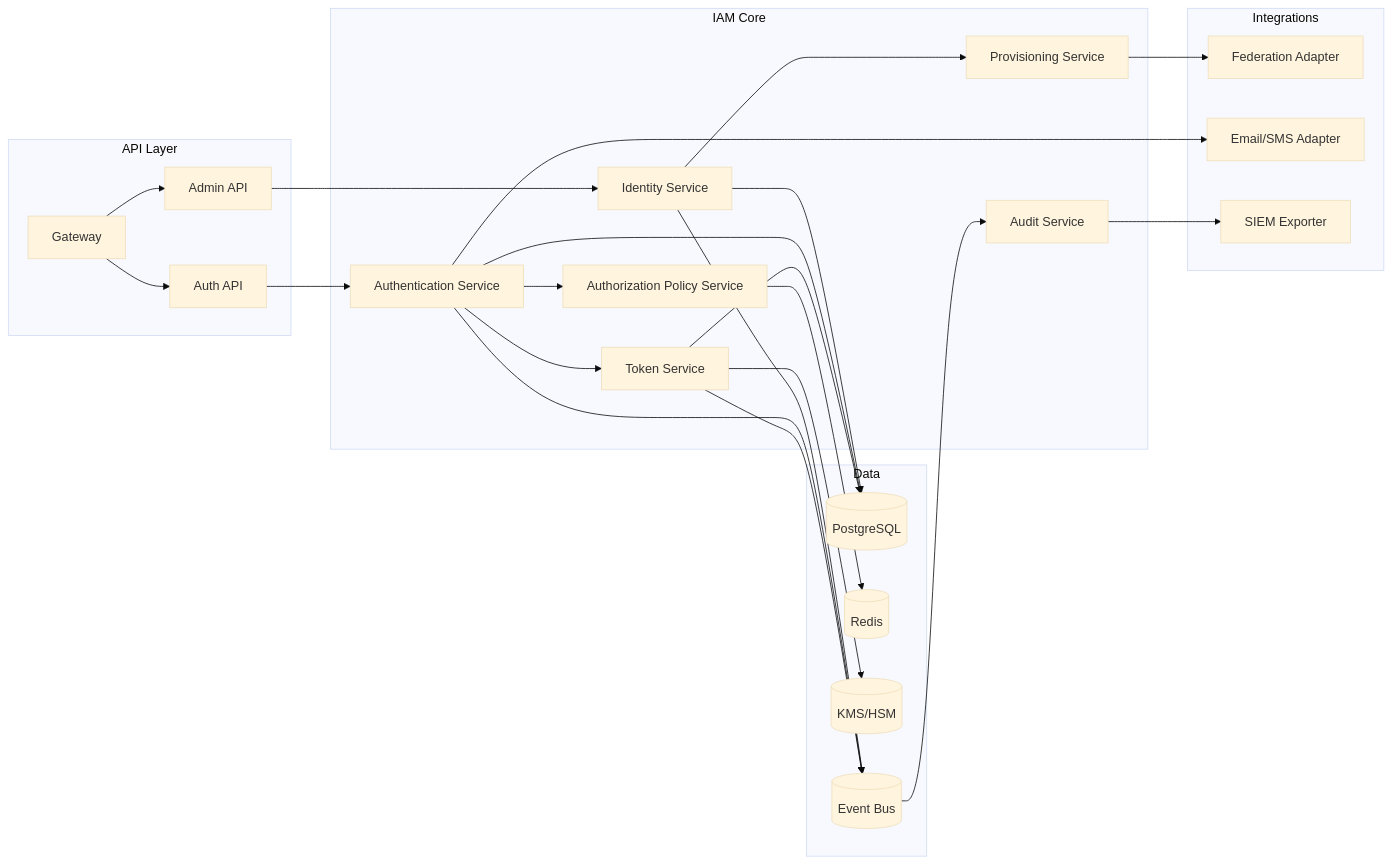
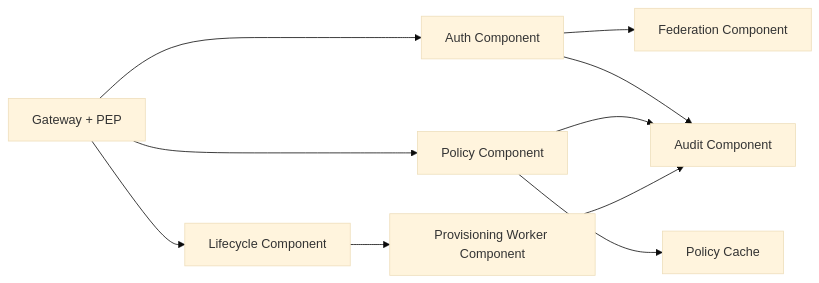
One commit to 0Ankit0/Project-Ideas changed the diagram in Identity and Access Management Platform/detailed-design/component-diagrams.md. Above: the diagram before and after it, drawn with Mermaid (base theme). The commit also changed other lines of this file and 37 other files, not shown here.

````diff
--- a/Identity and Access Management Platform/detailed-design/component-diagrams.md
+++ b/Identity and Access Management Platform/detailed-design/component-diagrams.md
@@ -3,51 +3,14 @@
 ```mermaid
 flowchart LR
-    subgraph API[API Layer]
-      GW[Gateway]
-      AuthAPI[Auth API]
-      AdminAPI[Admin API]
-    end
+    API[Gateway + PEP] --> AUTH[Auth Component]
+    API --> PDP[Policy Component]
+    API --> LIFE[Lifecycle Component]
 
-    subgraph Core[IAM Core]
-      IdentitySvc[Identity Service]
-      AuthSvc[Authentication Service]
-      TokenSvc[Token Service]
-      PolicySvc[Authorization Policy Service]
-      ProvisionSvc[Provisioning Service]
-      AuditSvc[Audit Service]
-    end
+    AUTH --> FED[Federation Component]
+    LIFE --> PROV[Provisioning Worker Component]
+    PDP --> CACHE[Policy Cache]
 
-    subgraph Integrations[Integrations]
-      Federation[Federation Adapter]
-      Notify[Email/SMS Adapter]
-      SIEM[SIEM Exporter]
-    end
-
-    subgraph Data[Data]
-      DB[(PostgreSQL)]
-      Cache[(Redis)]
-      KMS[(KMS/HSM)]
-      Bus[(Event Bus)]
-    end
-
-    GW --> AuthAPI --> AuthSvc
-    GW --> AdminAPI --> IdentitySvc
-    AuthSvc --> TokenSvc
-    AuthSvc --> PolicySvc
-    IdentitySvc --> ProvisionSvc
-
-    IdentitySvc --> DB
-    AuthSvc --> DB
-    TokenSvc --> DB
-    PolicySvc --> Cache
-    TokenSvc --> KMS
-
-    AuthSvc --> Notify
-    ProvisionSvc --> Federation
-    AuditSvc --> SIEM
-
-    IdentitySvc --> Bus
-    AuthSvc --> Bus
-    TokenSvc --> Bus
-    Bus --> AuditSvc
+    AUTH --> AUDIT[Audit Component]
+    PDP --> AUDIT
+    PROV --> AUDIT
 ```
````
